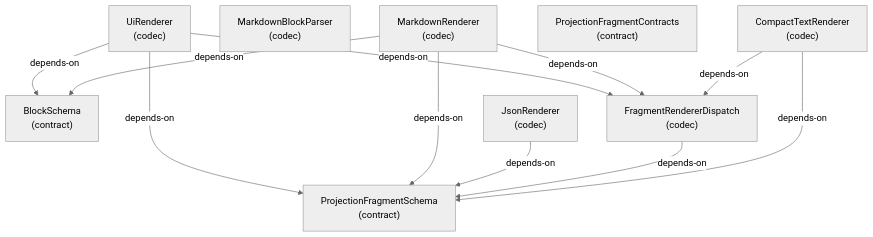
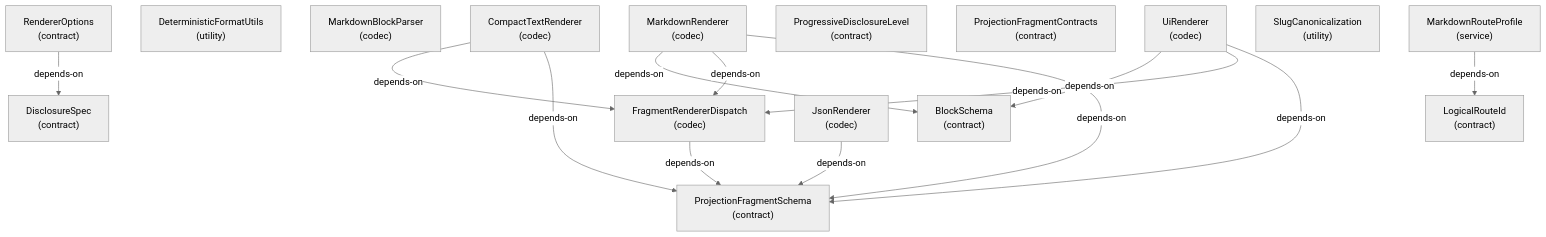
One commit to libar-dev/architect changed diagram 20 of 24 in docs-live/ARCHITECTURE.md. Above: the diagram before and after it, drawn with Mermaid (neutral theme). The commit also changed other lines of this file and 21 other files, not shown here.

First line of the commit message:
docs(live): regenerate docs-live from the reshaped graph

````diff
--- a/docs-live/ARCHITECTURE.md
+++ b/docs-live/ARCHITECTURE.md
@@ -408,22 +520,31 @@
 ```mermaid
 graph TD
   blockschema["BlockSchema<br/>(contract)"]
   compacttextrenderer["CompactTextRenderer<br/>(codec)"]
+  deterministicformatutils["DeterministicFormatUtils<br/>(utility)"]
+  disclosurespec["DisclosureSpec<br/>(contract)"]
   fragmentrendererdispatch["FragmentRendererDispatch<br/>(codec)"]
   jsonrenderer["JsonRenderer<br/>(codec)"]
+  logicalrouteid["LogicalRouteId<br/>(contract)"]
   markdownblockparser["MarkdownBlockParser<br/>(codec)"]
   markdownrenderer["MarkdownRenderer<br/>(codec)"]
+  markdownrouteprofile["MarkdownRouteProfile<br/>(service)"]
+  progressivedisclosurelevel["ProgressiveDisclosureLevel<br/>(contract)"]
   projectionfragmentcontracts["ProjectionFragmentContracts<br/>(contract)"]
   projectionfragmentschema["ProjectionFragmentSchema<br/>(contract)"]
+  rendereroptions["RendererOptions<br/>(contract)"]
+  slugcanonicalization["SlugCanonicalization<br/>(utility)"]
   uirenderer["UiRenderer<br/>(codec)"]
   compacttextrenderer -->|depends-on| fragmentrendererdispatch
   compacttextrenderer -->|depends-on| projectionfragmentschema
   fragmentrendererdispatch -->|depends-on| projectionfragmentschema
   jsonrenderer -->|depends-on| projectionfragmentschema
   markdownrenderer -->|depends-on| blockschema
   markdownrenderer -->|depends-on| fragmentrendererdispatch
   markdownrenderer -->|depends-on| projectionfragmentschema
+  markdownrouteprofile -->|depends-on| logicalrouteid
+  rendereroptions -->|depends-on| disclosurespec
   uirenderer -->|depends-on| blockschema
   uirenderer -->|depends-on| fragmentrendererdispatch
   uirenderer -->|depends-on| projectionfragmentschema
 ```
````
